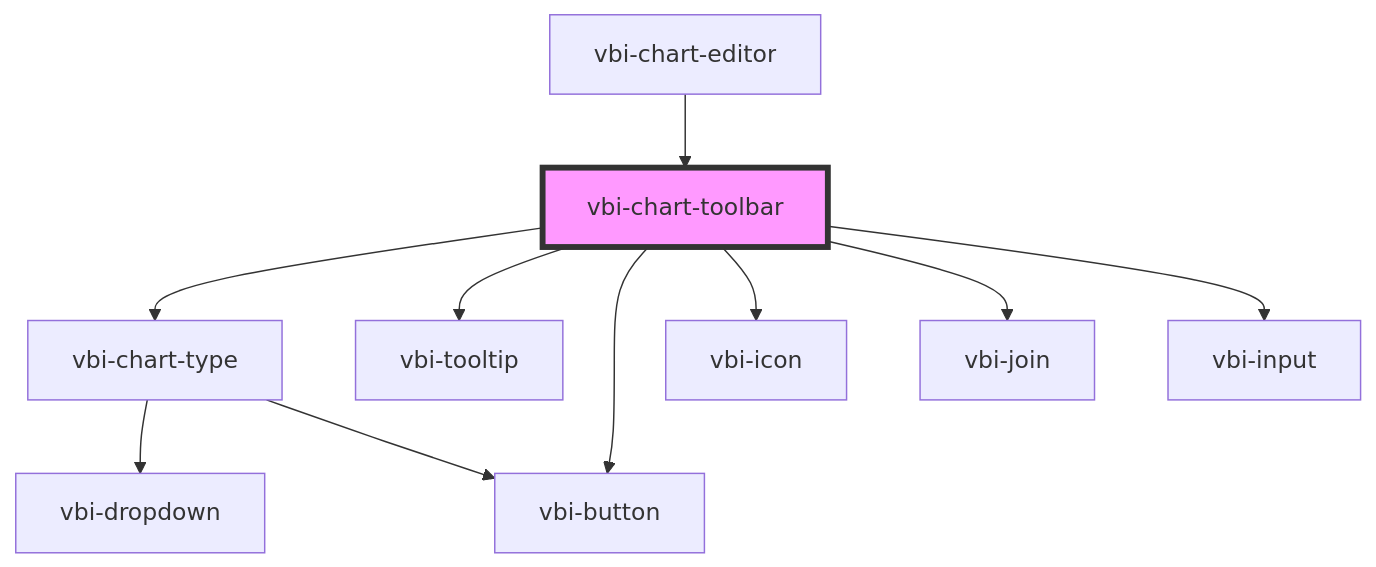
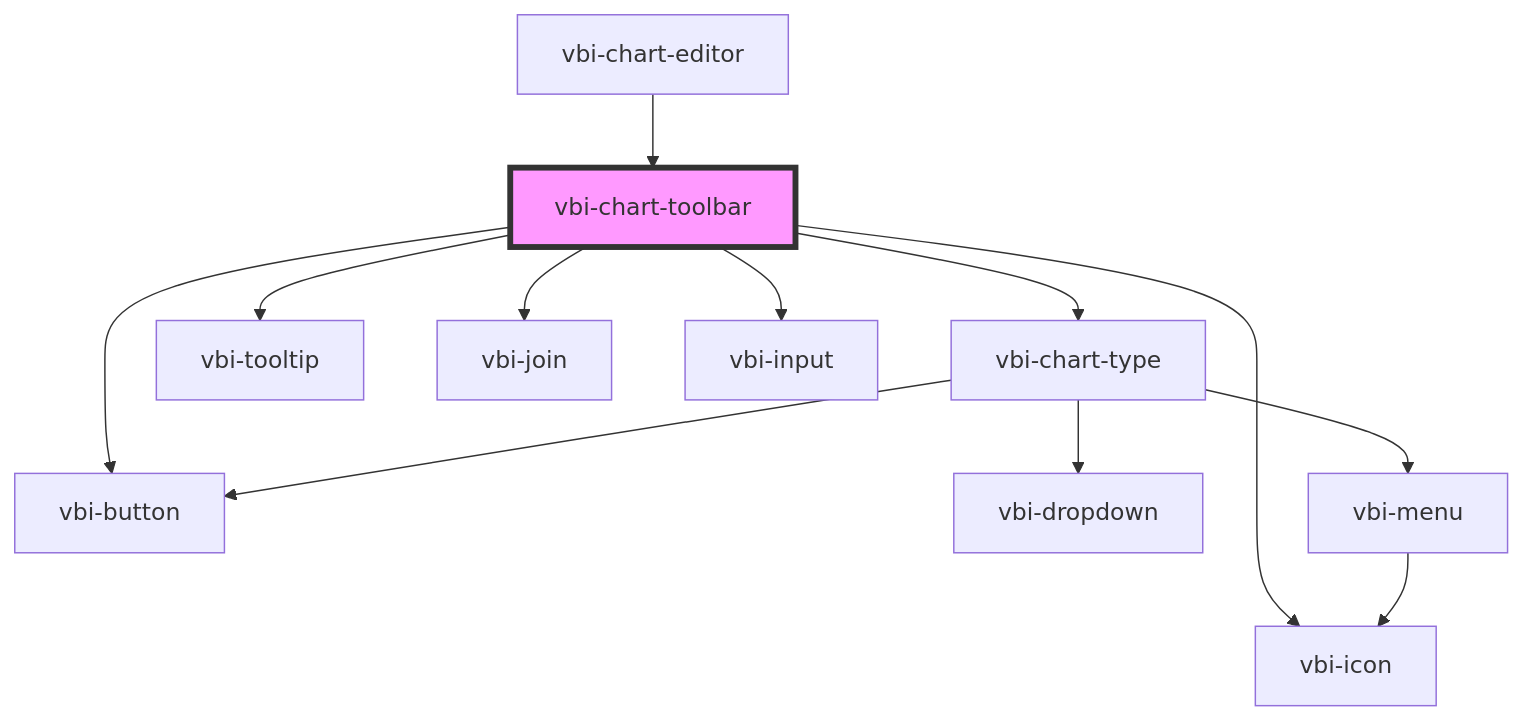
Before and after one commit to Ditto190/VBI-modme: the diagram in packages/vbi-component/src/components/chart/vbi-chart-toolbar/readme.md, drawn with Mermaid. The commit also changed 16 other files, not shown here.

Commit message:
feat(vbi-component): add localization keys for chart types and descriptions

````diff
--- a/packages/vbi-component/src/components/chart/vbi-chart-toolbar/readme.md
+++ b/packages/vbi-component/src/components/chart/vbi-chart-toolbar/readme.md
@@ -24,13 +24,15 @@
 ```mermaid
 graph TD;
   vbi-chart-toolbar --> vbi-chart-type
   vbi-chart-toolbar --> vbi-tooltip
   vbi-chart-toolbar --> vbi-button
   vbi-chart-toolbar --> vbi-icon
   vbi-chart-toolbar --> vbi-join
   vbi-chart-toolbar --> vbi-input
   vbi-chart-type --> vbi-dropdown
   vbi-chart-type --> vbi-button
+  vbi-chart-type --> vbi-menu
+  vbi-menu --> vbi-icon
   vbi-chart-editor --> vbi-chart-toolbar
   style vbi-chart-toolbar fill:#f9f,stroke:#333,stroke-width:4px
 ```
````
